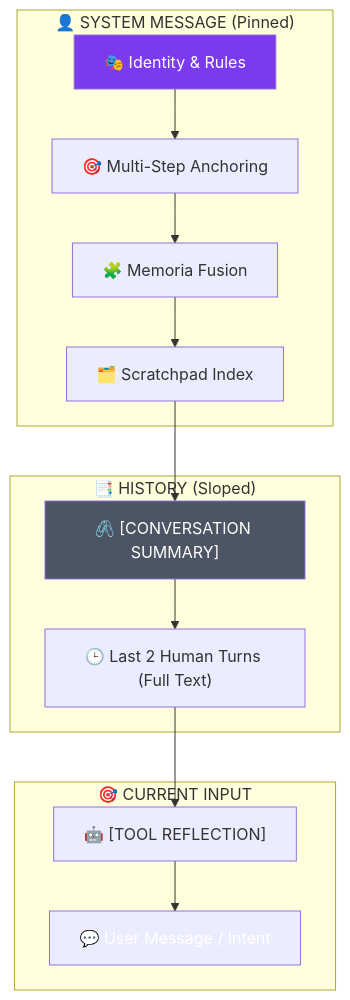
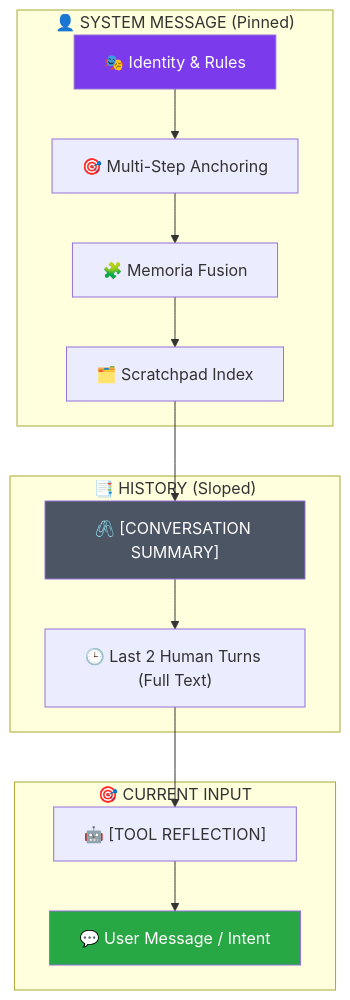
Before and after one commit to rzafiamy/cowork: the diagram in docs/agentic/Request_Anatomy.md, drawn with Mermaid. The commit also changed 24 other files, not shown here.

````diff
--- a/docs/agentic/Request_Anatomy.md
+++ b/docs/agentic/Request_Anatomy.md
@@ -50,29 +50,29 @@
 ```mermaid
 graph TD
     subgraph "👤 SYSTEM MESSAGE (Pinned)"
         A1[🎭 Identity & Rules]
         A2[🎯 Multi-Step Anchoring]
         A3[🧩 Memoria Fusion]
         A4[🗂️ Scratchpad Index]
     end
 
     subgraph "📑 HISTORY (Sloped)"
         B1["🖇️ [CONVERSATION SUMMARY]"]
         B2["🕒 Last 2 Human Turns (Full Text)"]
     end
 
     subgraph "🎯 CURRENT INPUT"
         C1["🤖 [TOOL REFLECTION]"]
         C2["💬 User Message / Intent"]
     end
 
     A1 --> A2 --> A3 --> A4
     A4 --> B1
     B1 --> B2
     B2 --> C1
     C1 --> C2
 
     style A1 fill:#7c3aed,color:#fff
     style B1 fill:#4b5563,color:#fff
-    style C2 fill:#success,color:#fff
+    style C2 fill:#28a745,color:#fff
 ```
````
